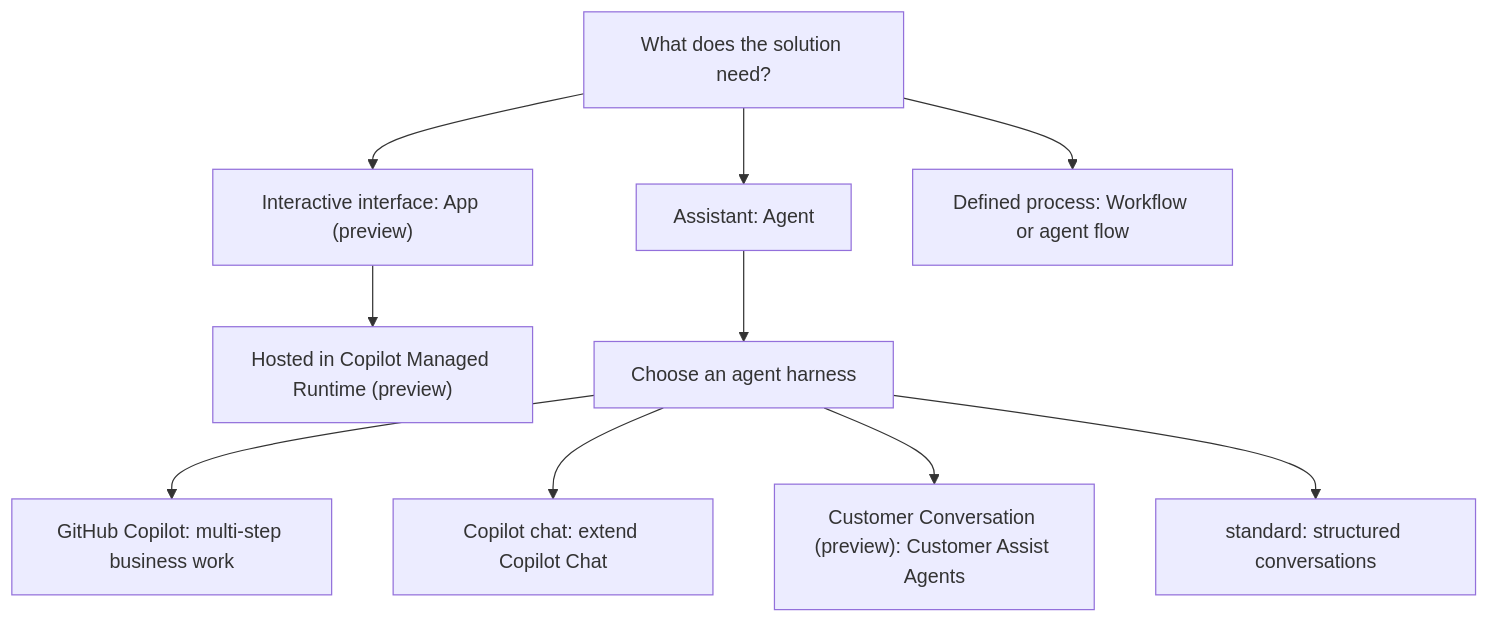
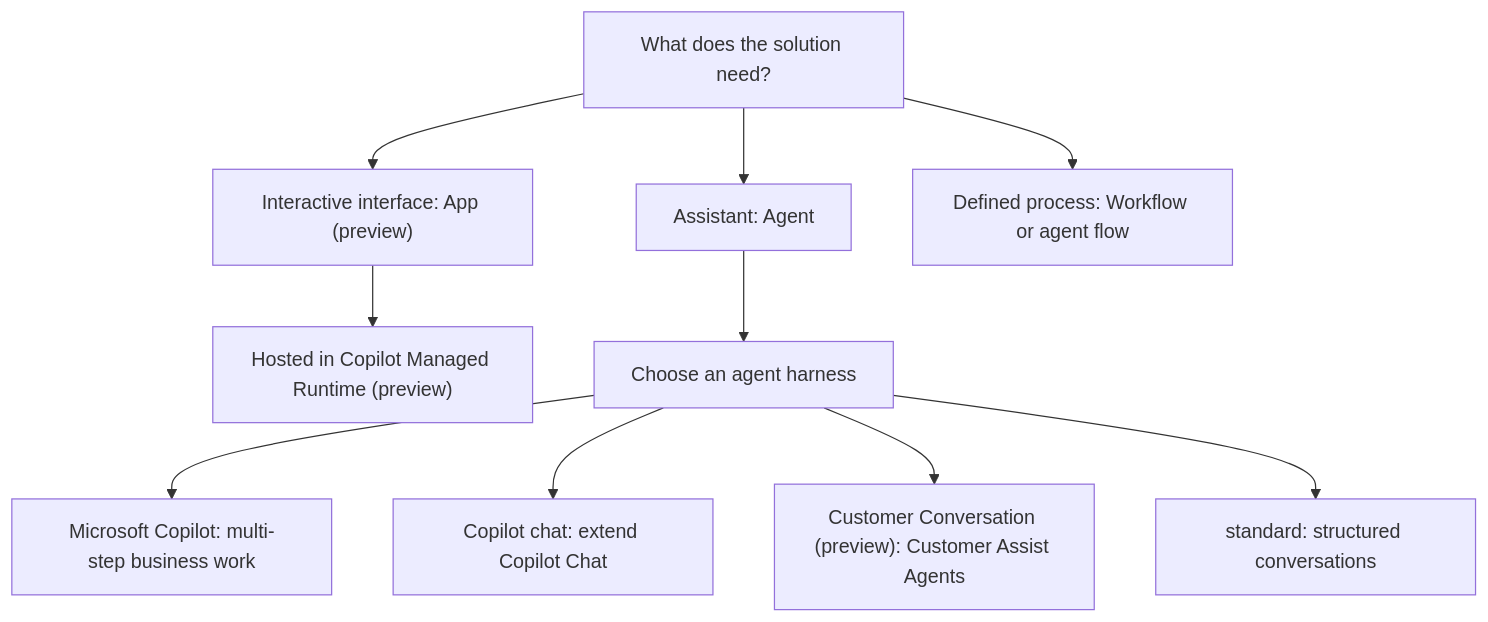
Before and after one commit to microsoft/agent-academy: the diagram in docs/recruit-nextgen/02-copilot-studio-fundamentals/index.md, drawn with Mermaid. The commit also changed other lines of this file and 39 other files, not shown here.

First line of the commit message:
Update Microsoft Copilot harness terminology and rollout guidance

````diff
--- a/docs/recruit-nextgen/02-copilot-studio-fundamentals/index.md
+++ b/docs/recruit-nextgen/02-copilot-studio-fundamentals/index.md
@@ -91,12 +91,12 @@
 ```mermaid
 flowchart TD
     A["What does the solution need?"] --> B["Interactive interface: App (preview)"]
     A --> C["Assistant: Agent"]
     A --> D["Defined process: Workflow or agent flow"]
     B --> E["Hosted in Copilot Managed Runtime (preview)"]
     C --> F["Choose an agent harness"]
-    F --> G["GitHub Copilot: multi-step business work"]
+    F --> G["Microsoft Copilot: multi-step business work"]
     F --> H["Copilot chat: extend Copilot Chat"]
     F --> I["Customer Conversation (preview): Customer Assist Agents"]
     F --> J["standard: structured conversations"]
 ```
````
